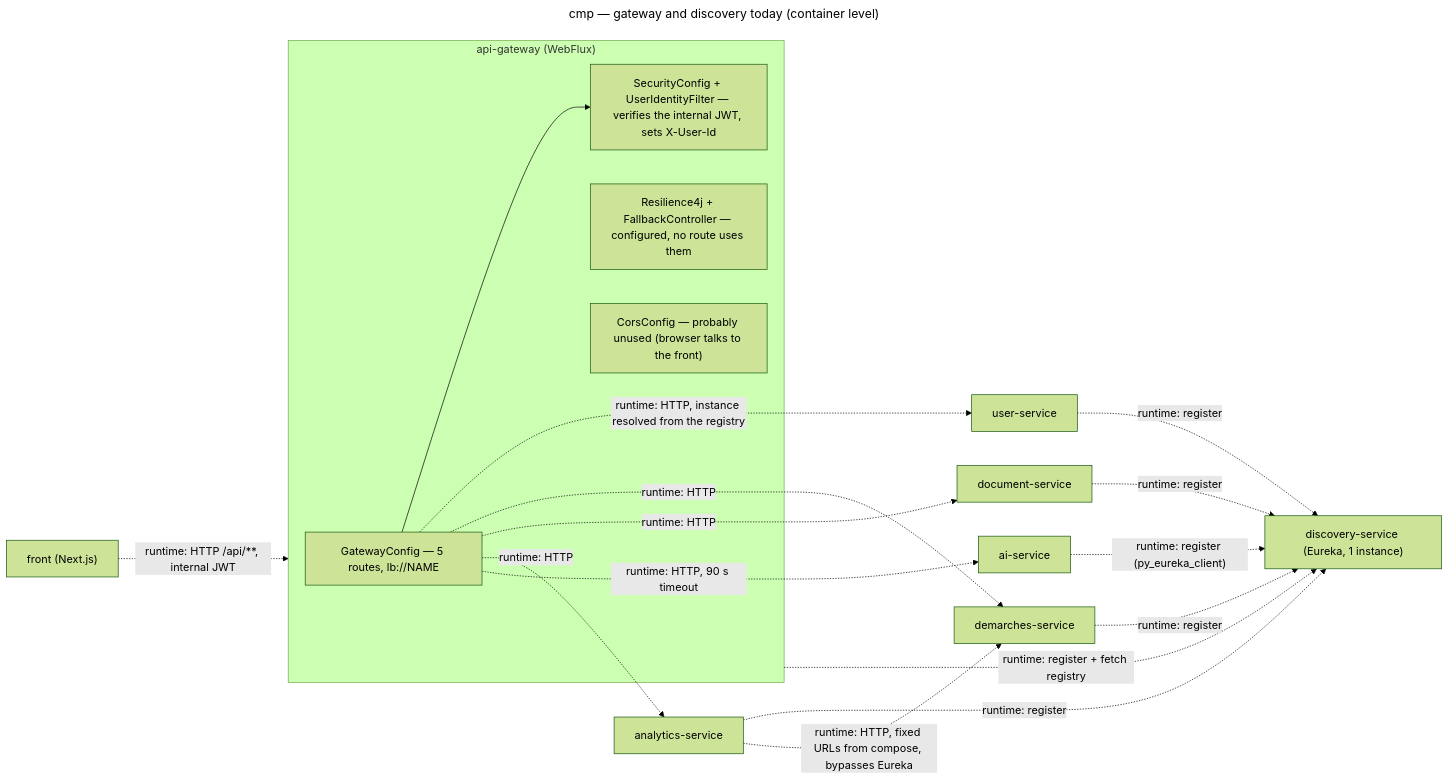
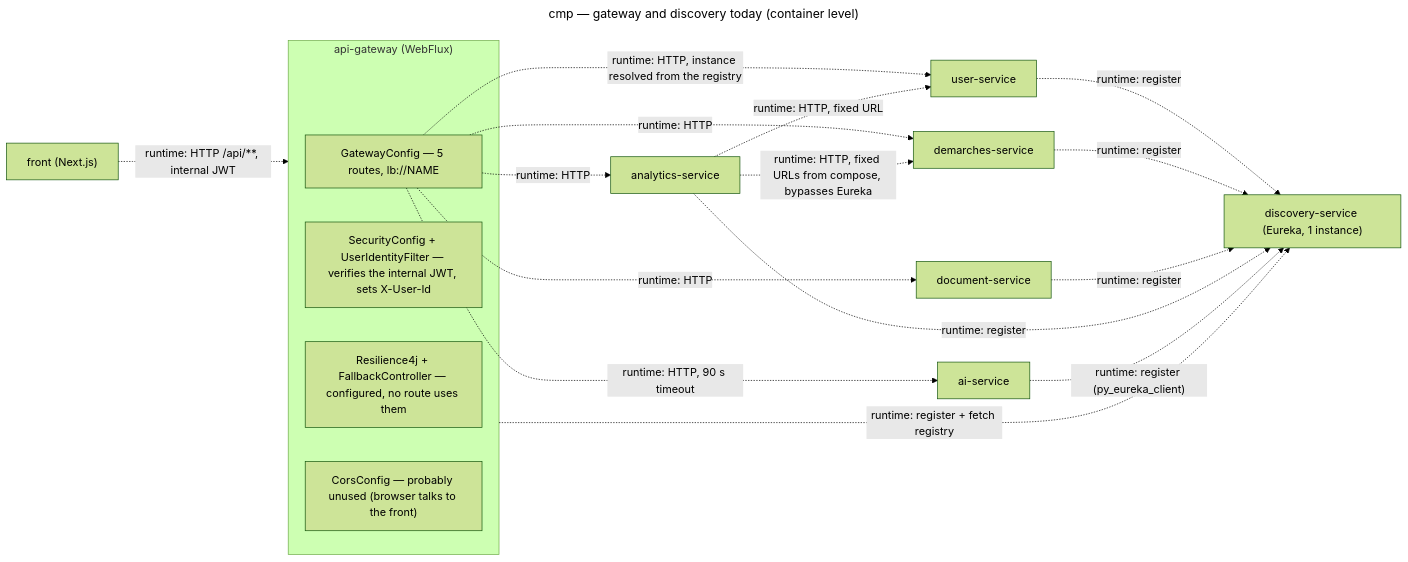
The first of 2 diagrams in docs/architecture/diagrams/architecture/03c-component-gateway-discovery.md (IsmailMifdal/IADAF-YDAYS), drawn with Mermaid (forest theme) before and after one commit. The commit also changed other lines of this file and 6 other files, not shown here.

First line of the commit message:
docs(architecture): fix review findings on ADR-0001 (ISM-116)

````diff
--- a/docs/architecture/diagrams/architecture/03c-component-gateway-discovery.md
+++ b/docs/architecture/diagrams/architecture/03c-component-gateway-discovery.md
@@ -17,33 +19,33 @@
 ```mermaid
 ---
 title: cmp — gateway and discovery today (container level)
 ---
 flowchart LR
   Front["front (Next.js)"]
   subgraph GW ["api-gateway (WebFlux)"]
     Routes["GatewayConfig — 5 routes, lb://NAME"]
     Sec["SecurityConfig + UserIdentityFilter — verifies the internal JWT, sets X-User-Id"]
     CB["Resilience4j + FallbackController — configured, no route uses them"]
     Cors["CorsConfig — probably unused (browser talks to the front)"]
-    Routes --> Sec
   end
   Eureka["discovery-service (Eureka, 1 instance)"]
   User["user-service"]
   Dem["demarches-service"]
   Doc["document-service"]
   Ana["analytics-service"]
   Ai["ai-service"]
   Front -.->|"runtime: HTTP /api/**, internal JWT"| GW
   GW -.->|"runtime: register + fetch registry"| Eureka
   User -.->|"runtime: register"| Eureka
   Dem -.->|"runtime: register"| Eureka
   Doc -.->|"runtime: register"| Eureka
   Ana -.->|"runtime: register"| Eureka
   Ai -.->|"runtime: register (py_eureka_client)"| Eureka
   Routes -.->|"runtime: HTTP, instance resolved from the registry"| User
   Routes -.->|"runtime: HTTP"| Dem
   Routes -.->|"runtime: HTTP"| Doc
   Routes -.->|"runtime: HTTP"| Ana
   Routes -.->|"runtime: HTTP, 90 s timeout"| Ai
   Ana -.->|"runtime: HTTP, fixed URLs from compose, bypasses Eureka"| Dem
+  Ana -.->|"runtime: HTTP, fixed URL"| User
 ```
````
